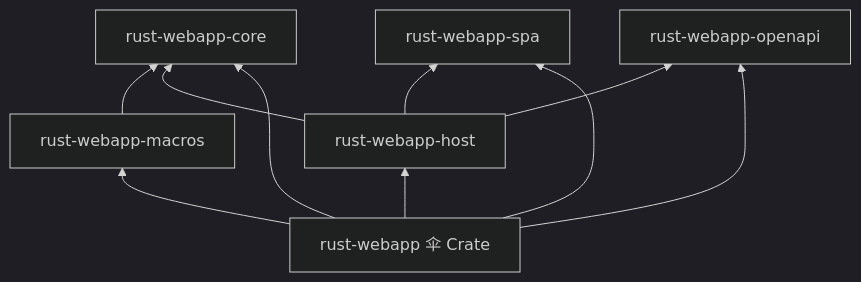
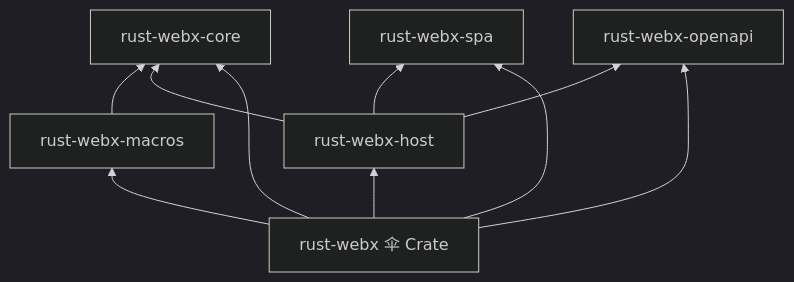
One commit to Rust-Framework/rust-webx changed the diagram in docs/rust-webx/01-introduction/ecosystem-overview.md. Above: the diagram before and after it, drawn with Mermaid (dark theme). The commit also changed other lines of this file and 157 other files, not shown here.

First line of the commit message:
refactor: 重命名 rust-webapp 为 rust-webx 并更新相关依赖

````diff
--- a/docs/rust-webx/01-introduction/ecosystem-overview.md
+++ b/docs/rust-webx/01-introduction/ecosystem-overview.md
@@ -22,19 +22,19 @@
 ```mermaid
 graph BT
-    Webapp[rust-webapp 伞 Crate]
-    Core[rust-webapp-core]
-    Host[rust-webapp-host]
-    Macros[rust-webapp-macros]
-    SPA[rust-webapp-spa]
-    OpenAPI[rust-webapp-openapi]
+    Webapp[rust-webx 伞 Crate]
+    Core[rust-webx-core]
+    Host[rust-webx-host]
+    Macros[rust-webx-macros]
+    SPA[rust-webx-spa]
+    OpenAPI[rust-webx-openapi]
 
     Webapp --> Core
     Webapp --> Host
     Webapp --> Macros
     Webapp --> SPA
     Webapp --> OpenAPI
     Host --> Core
     Host --> OpenAPI
     Host --> SPA
     Macros --> Core
 ```
````
